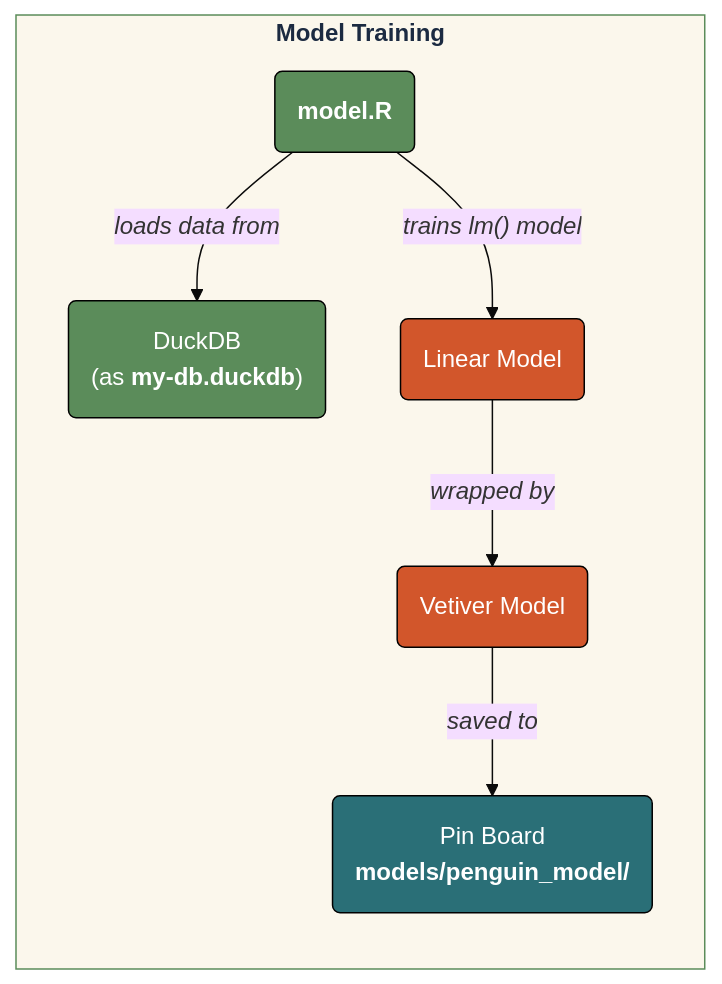
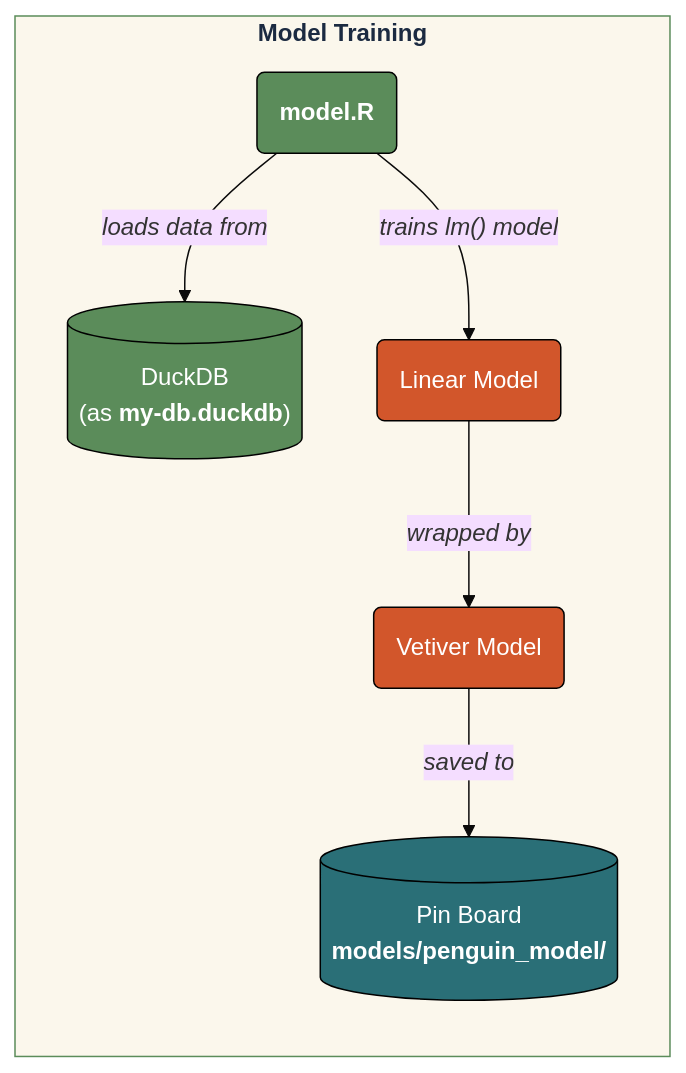
One commit to mjfrigaard/do4ds-labs changed the second of 7 diagrams in plumber2.qmd. Above: the diagram before and after it, drawn with Mermaid. The commit also changed other lines of this file and 28 other files, not shown here.

Commit message:
updates to mermaids

````diff
--- a/plumber2.qmd
+++ b/plumber2.qmd
@@ -174,23 +174,24 @@
 ```{mermaid}
+%%| fig-cap: 'Model Training and Storage'
 %%| fig-width: 7.0
 %%| fig-align: 'center'
 %%{init: {'theme': 'base', 'themeVariables': {'fontFamily': 'monospace'}}}%%
 
 graph LR
     subgraph Training["<strong>Model Training</strong>"]
         ModelR("<strong>model.R</strong>")
-        DuckDB("DuckDB <br> (as <strong>my-db.duckdb</strong>)")
-        PinBoard("Pin Board<br><strong>models/penguin_model/</strong>")
+        DuckDB[("DuckDB <br> (as <strong>my-db.duckdb</strong>)")]
+        PinBoard[("Pin Board<br><strong>models/penguin_model/</strong>")]
 
         ModelR -->|"<em>loads data from</em>"| DuckDB
         ModelR -->|"<em>trains lm() model</em>"| LM("Linear Model")
         LM -->|"<em>wrapped by</em>"| Vetiver("Vetiver Model")
         Vetiver -->|"<em>saved to</em>"| PinBoard
     end
     style Training fill:#fbf7ec,stroke:#5B8C5A,color:#1B2A41
     style ModelR fill:#5B8C5A,stroke:#000000,stroke-width:1px,color:#ffffff
     style DuckDB fill:#5B8C5A,stroke:#000000,stroke-width:1px,color:#ffffff
     style LM fill:#D2562B,stroke:#000000,stroke-width:1px,color:#ffffff
     style Vetiver fill:#D2562B,stroke:#000000,stroke-width:1px,color:#ffffff
     style PinBoard fill:#2A6F77,stroke:#000000,stroke-width:1px,color:#ffffff
 ```
````
